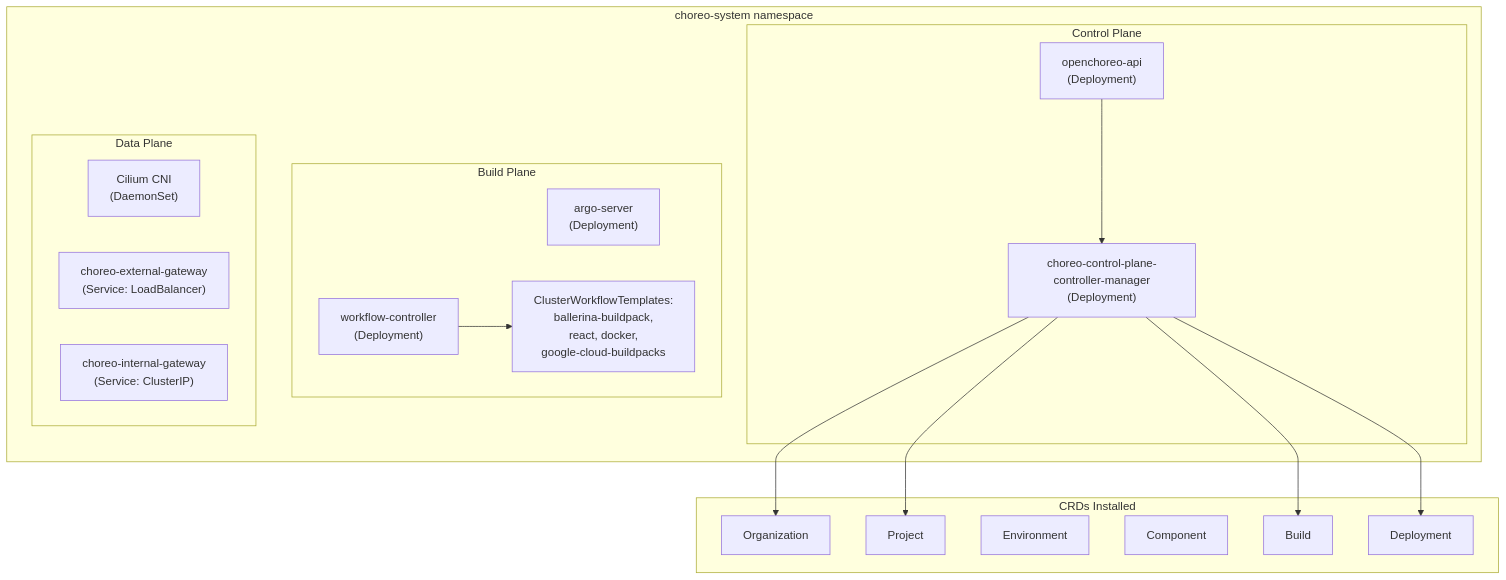
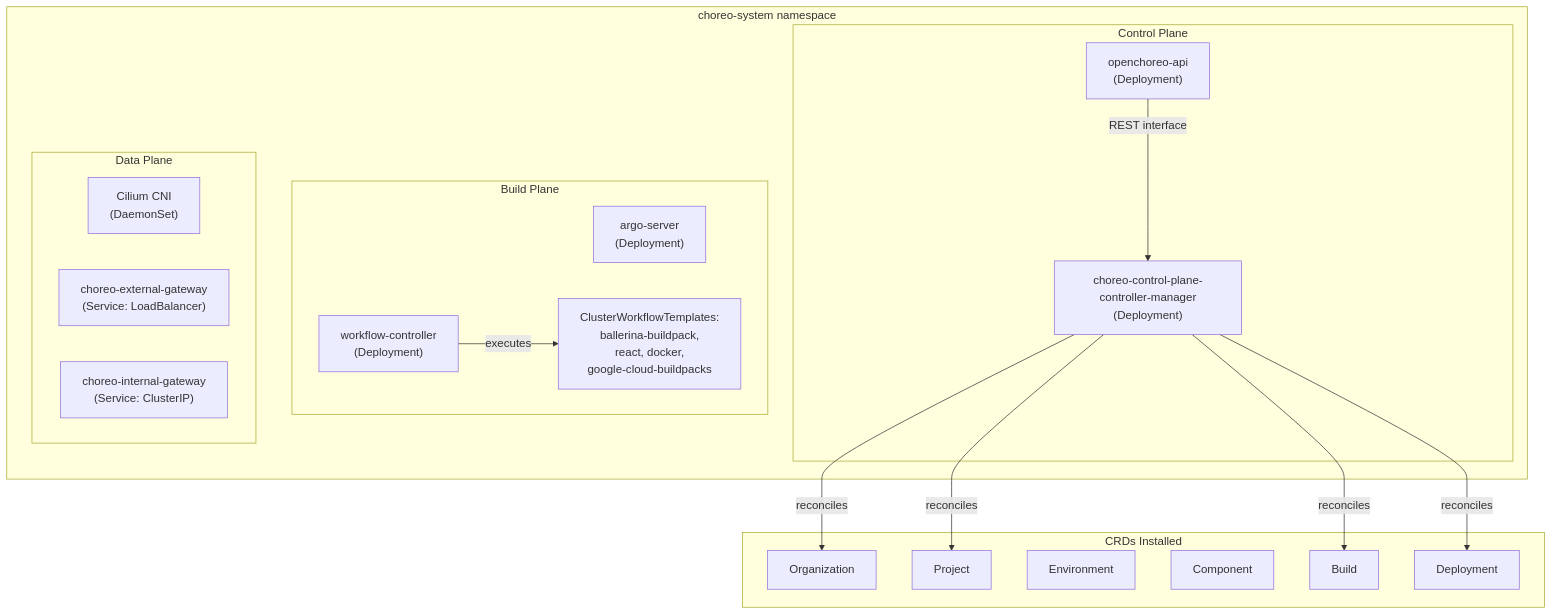
Before and after one commit to openchoreo/openchoreo: the second of 5 diagrams in docs/deepwiki/Development-Environment-Setup.md, drawn with Mermaid. The commit also changed other lines of this file and 85 other files, not shown here.

Commit message:
feat: Add new workflow and specification templates, update Helm chart dependencies, and clarify documentation diagrams.

````diff
--- a/docs/deepwiki/Development-Environment-Setup.md
+++ b/docs/deepwiki/Development-Environment-Setup.md
@@ -196,54 +196,54 @@
 ```mermaid
 flowchart TD
 
 ArgoServer["argo-server<br>(Deployment)"]
 ArgoCtrl["workflow-controller<br>(Deployment)"]
 Templates["ClusterWorkflowTemplates:<br>ballerina-buildpack,<br>react, docker,<br>google-cloud-buildpacks"]
 Cilium["Cilium CNI<br>(DaemonSet)"]
 ExtGW["choreo-external-gateway<br>(Service: LoadBalancer)"]
 IntGW["choreo-internal-gateway<br>(Service: ClusterIP)"]
 CtrlMgr["choreo-control-plane-controller-manager<br>(Deployment)"]
 API["openchoreo-api<br>(Deployment)"]
 OrgCRD["Organization"]
 ProjCRD["Project"]
 EnvCRD["Environment"]
 CompCRD["Component"]
 BuildCRD["Build"]
 DeployCRD["Deployment"]
 
-CtrlMgr --> OrgCRD
-CtrlMgr --> ProjCRD
-CtrlMgr --> BuildCRD
-CtrlMgr --> DeployCRD
+CtrlMgr -->|"reconciles"| OrgCRD
+CtrlMgr -->|"reconciles"| ProjCRD
+CtrlMgr -->|"reconciles"| BuildCRD
+CtrlMgr -->|"reconciles"| DeployCRD
 
 subgraph subGraph4 ["CRDs Installed"]
     OrgCRD
     ProjCRD
     EnvCRD
     CompCRD
     BuildCRD
     DeployCRD
 end
 
 subgraph subGraph3 ["choreo-system namespace"]
 
 subgraph subGraph0 ["Control Plane"]
     CtrlMgr
     API
-    API --> CtrlMgr
+    API -->|"REST interface"| CtrlMgr
 end
 
 subgraph subGraph2 ["Build Plane"]
     ArgoServer
     ArgoCtrl
     Templates
-    ArgoCtrl --> Templates
+    ArgoCtrl -->|"executes"| Templates
 end
 
 subgraph subGraph1 ["Data Plane"]
     Cilium
     ExtGW
     IntGW
 end
 end
 ```
````
